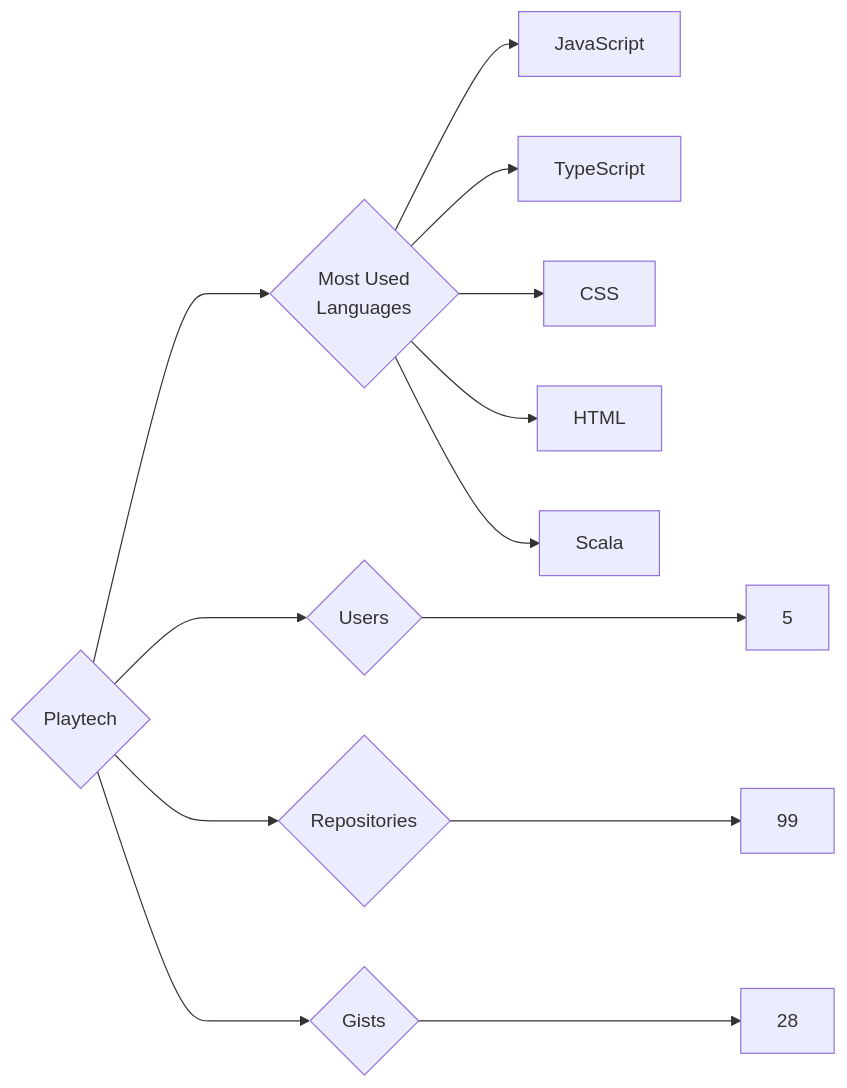
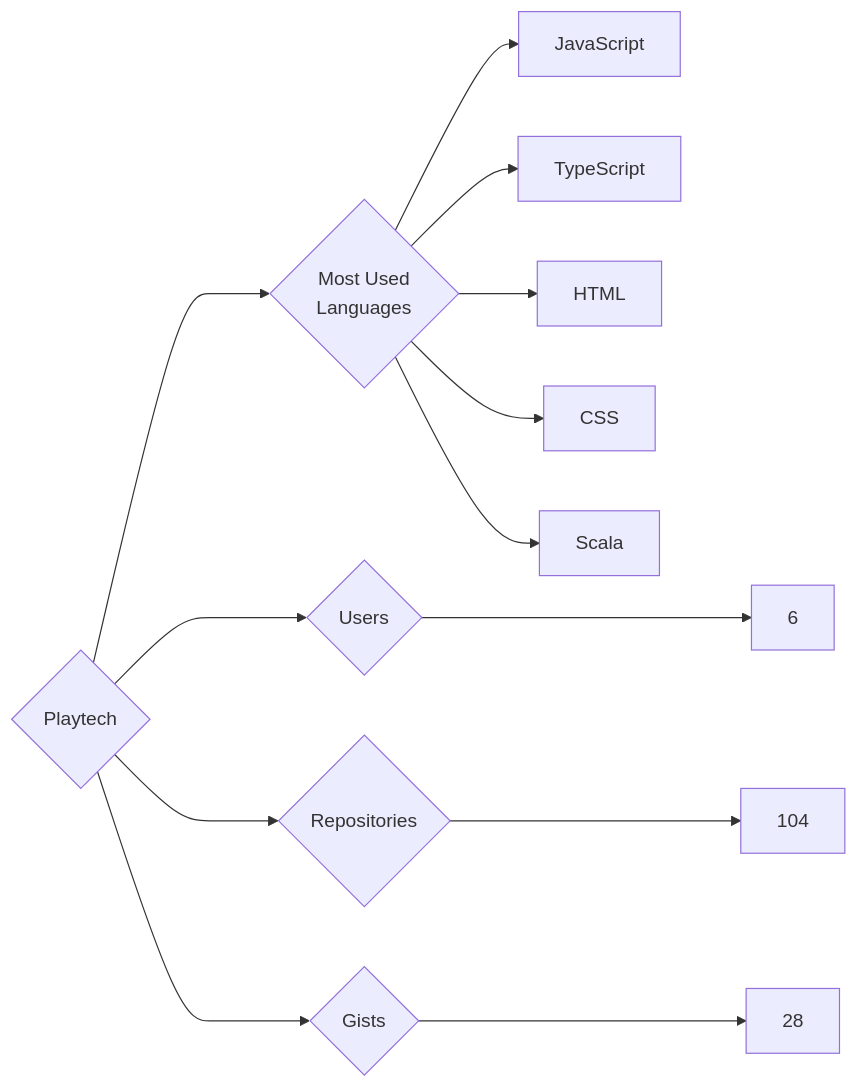
One commit to trickest/insiders changed the diagram in targets/Playtech/README.md. Above: the diagram before and after it, drawn with Mermaid. The commit also changed 677 other files, not shown here.

````diff
--- a/targets/Playtech/README.md
+++ b/targets/Playtech/README.md
@@ -3,13 +3,13 @@
 ```mermaid
 graph LR
 COMPANY_NAME{Playtech}
-COMPANY_NAME ---> U{Users} ---> UN[5]
-COMPANY_NAME ---> R{Repositories} ---> RN[99]
+COMPANY_NAME ---> U{Users} ---> UN[6]
+COMPANY_NAME ---> R{Repositories} ---> RN[104]
 COMPANY_NAME ---> G{Gists} ---> GN[28]
 COMPANY_NAME ---> ML{Most Used<br>Languages}
 ML --> JavaScript[JavaScript]
 ML --> TypeScript[TypeScript]
+ML --> HTML[HTML]
 ML --> CSS[CSS]
-ML --> HTML[HTML]
 ML --> Scala[Scala]
 ```
````
